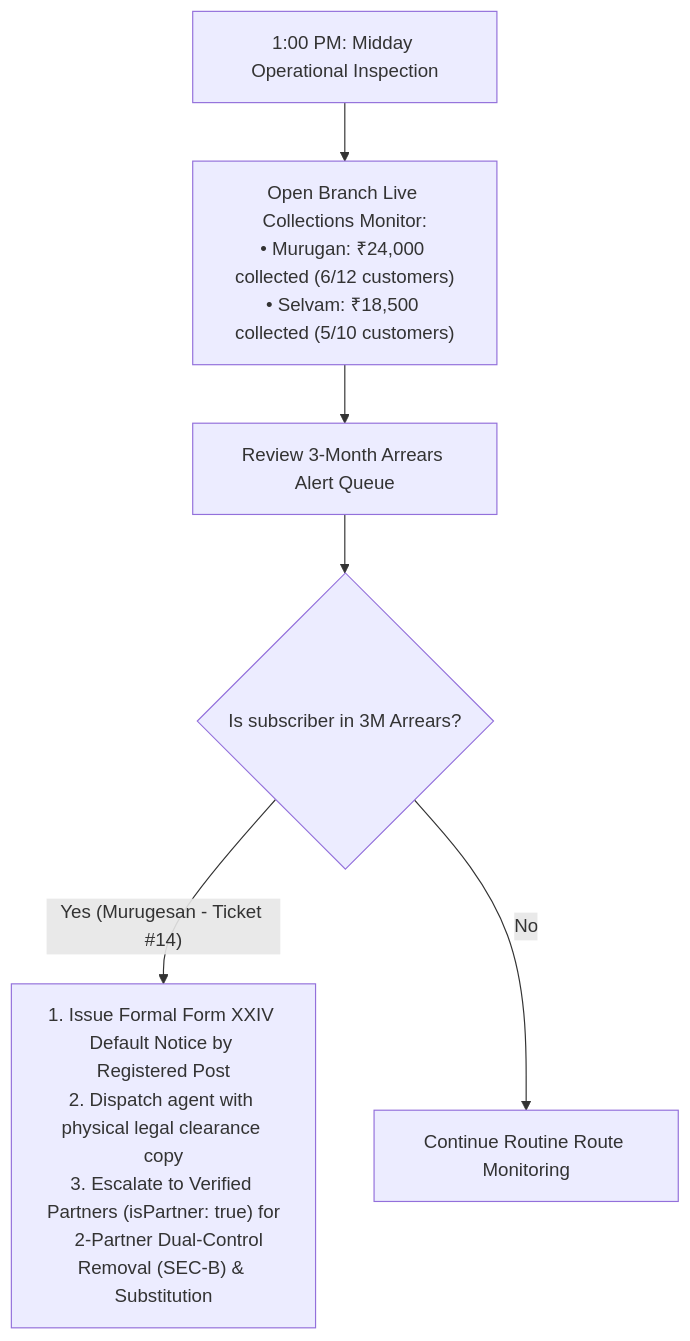
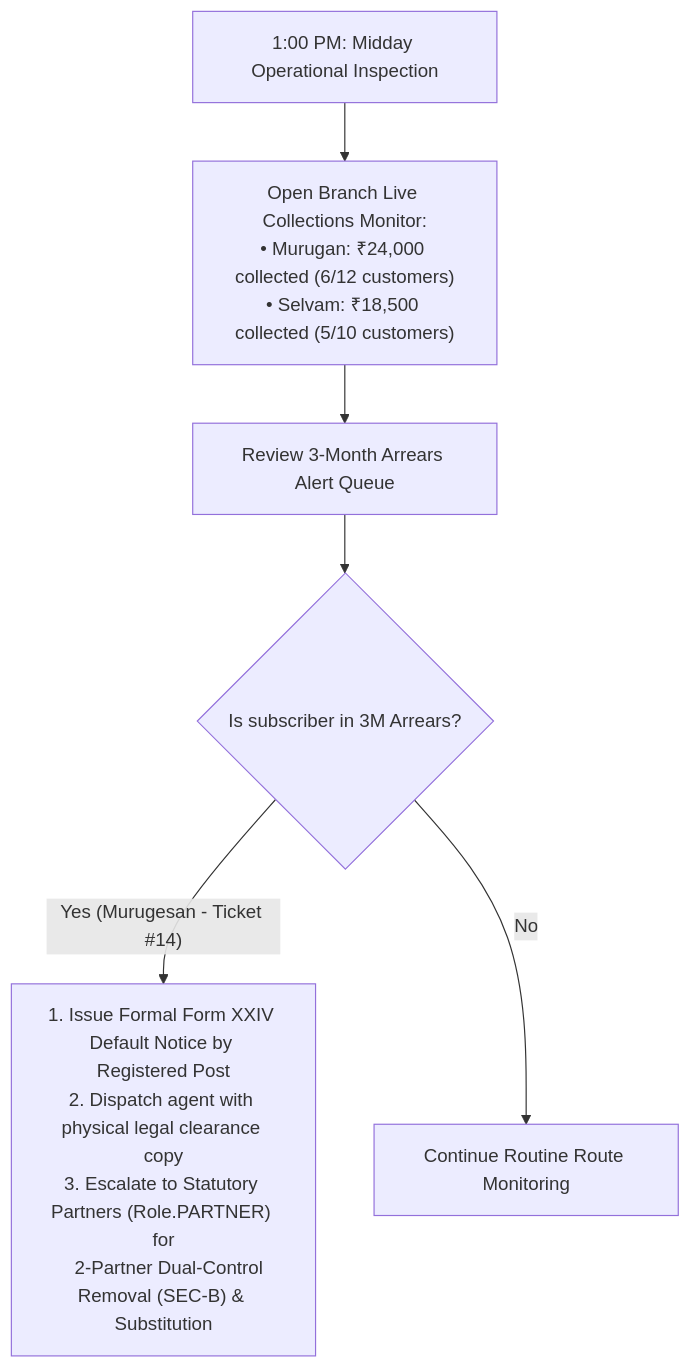
The tenth of 10 diagrams in docs/07-operations/user-manuals/branch-manager-manual.md (Kathir-24/Kumaran-finance), drawn with Mermaid before and after one commit. The commit also changed other lines of this file and 189 other files, not shown here.

````diff
--- a/docs/07-operations/user-manuals/branch-manager-manual.md
+++ b/docs/07-operations/user-manuals/branch-manager-manual.md
@@ -244,8 +244,8 @@
 ```mermaid
 flowchart TD
     Midday["1:00 PM: Midday Operational Inspection"] --> LiveDash["Open Branch Live Collections Monitor:\n• Murugan: ₹24,000 collected (6/12 customers)\n• Selvam: ₹18,500 collected (5/10 customers)"]
     LiveDash --> CheckDefaulters["Review 3-Month Arrears Alert Queue"]
     CheckDefaulters --> Escalation{"Is subscriber in 3M Arrears?"}
-    Escalation -- "Yes (Murugesan - Ticket #14)" --> IssueNotice["1. Issue Formal Form XXIV Default Notice by Registered Post\n2. Dispatch agent with physical legal clearance copy\n3. Escalate to Verified Partners (isPartner: true) for\n   2-Partner Dual-Control Removal (SEC-B) & Substitution"]
+    Escalation -- "Yes (Murugesan - Ticket #14)" --> IssueNotice["1. Issue Formal Form XXIV Default Notice by Registered Post\n2. Dispatch agent with physical legal clearance copy\n3. Escalate to Statutory Partners (Role.PARTNER) for\n   2-Partner Dual-Control Removal (SEC-B) & Substitution"]
     Escalation -- "No" --> Routine["Continue Routine Route Monitoring"]
 ```
````
